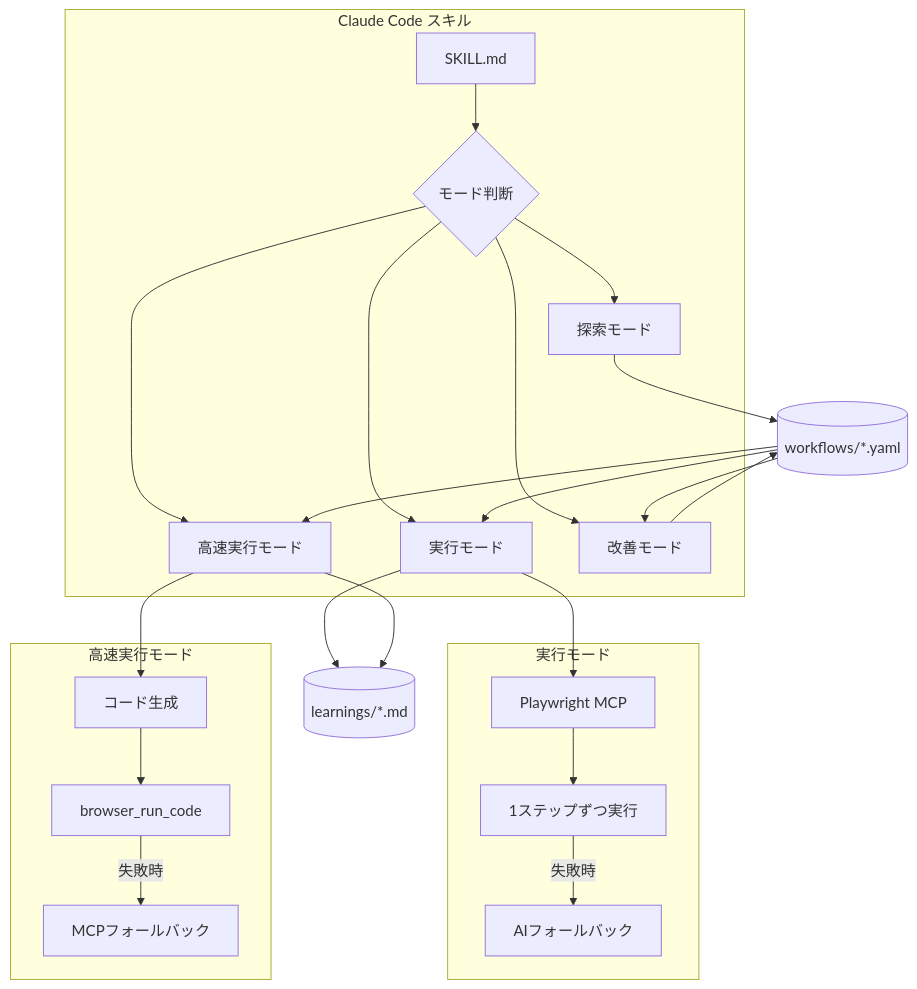
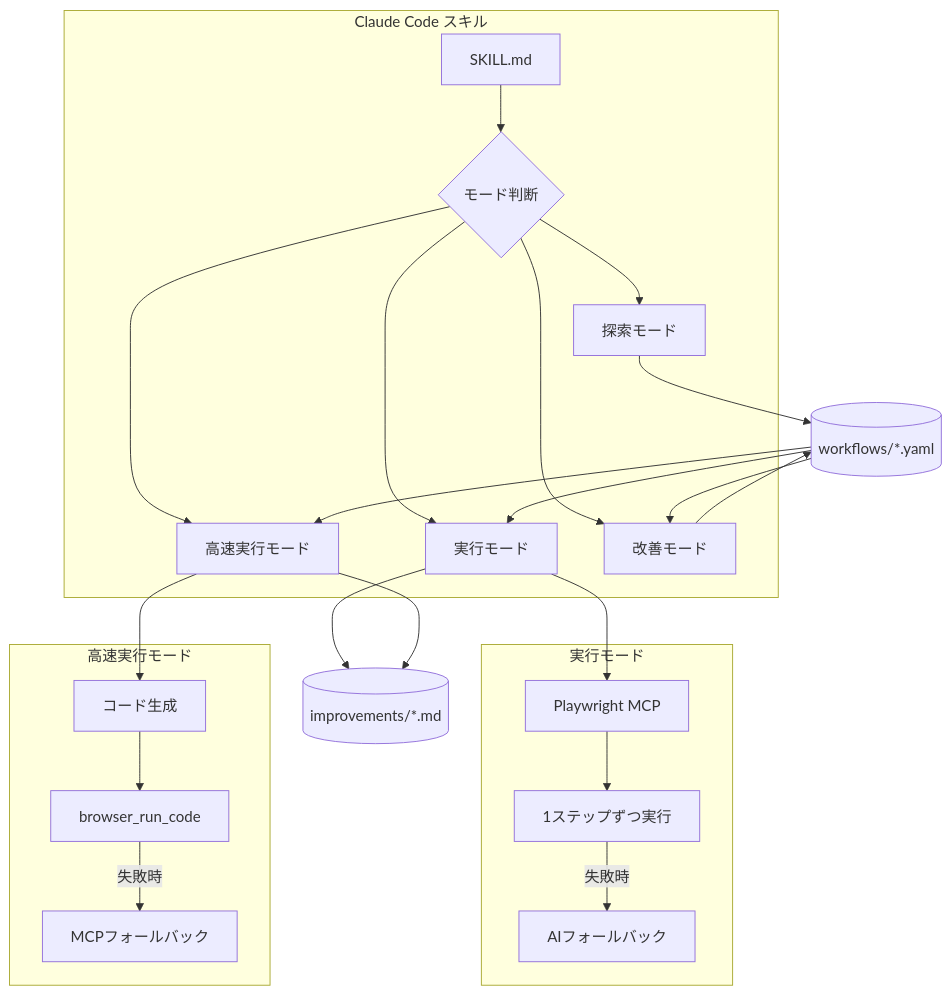
The first of 3 diagrams in README.md (ktakeda-dev/rpa-autoheal-skill-fork), drawn with Mermaid before and after one commit. The commit also changed other lines of this file and 5 other files, not shown here.

````diff
--- a/README.md
+++ b/README.md
@@ -15,31 +15,31 @@
 ```mermaid
 flowchart TB
     subgraph skill["Claude Code スキル"]
         S1[SKILL.md] --> S2{モード判断}
         S2 --> E[探索モード]
         S2 --> R[実行モード]
         S2 --> F[高速実行モード]
         S2 --> I[改善モード]
     end
 
     E --> YAML[(workflows/*.yaml)]
     YAML --> R
     YAML --> F
     YAML --> I
     I --> YAML
 
     subgraph run["実行モード"]
         R --> R1[Playwright MCP]
         R1 --> R2[1ステップずつ実行]
         R2 -->|失敗時| R3[AIフォールバック]
     end
 
     subgraph fast["高速実行モード"]
         F --> F1[コード生成]
         F1 --> F2[browser_run_code]
         F2 -->|失敗時| F3[MCPフォールバック]
     end
 
-    R --> L[(learnings/*.md)]
+    R --> L[(improvements/*.md)]
     F --> L
 ```
````
